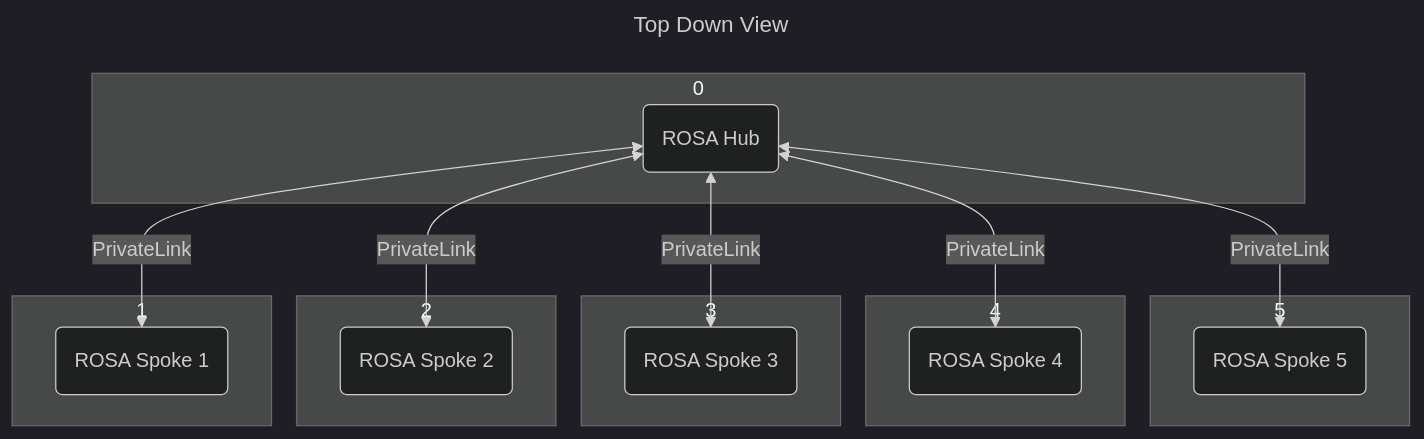
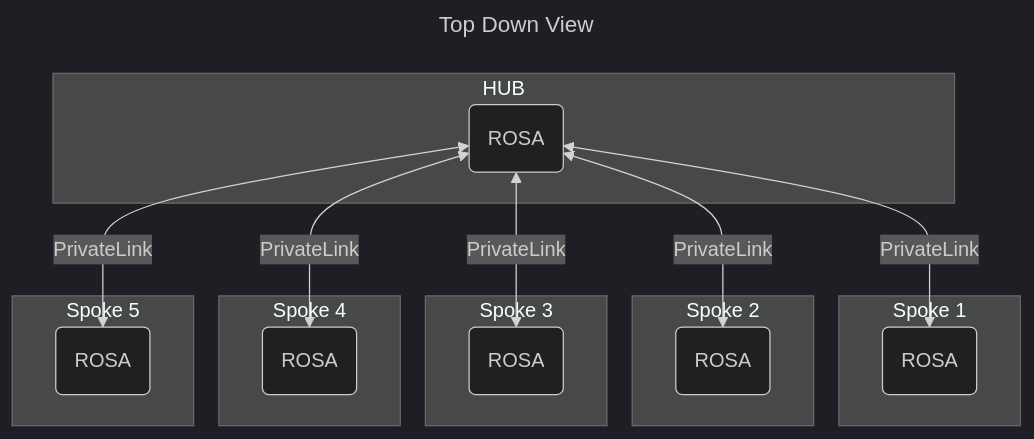
Before and after one commit to rosa-as-a-service/hub-rosa-gitops: the diagram in README.md, drawn with Mermaid (dark theme).

Commit message:
Cleanup graph

````diff
--- a/README.md
+++ b/README.md
@@ -26,41 +26,41 @@
 ```mermaid
 ---
 title: Top Down View
 ---
 flowchart TD;
-    hub(ROSA Hub)
-    spoke1(ROSA Spoke 1)
-    spoke2(ROSA Spoke 2)
-    spoke3(ROSA Spoke 3)
-    spoke4(ROSA Spoke 4)
-    spoke5(ROSA Spoke 5)
+    hub(ROSA)
+    spoke1(ROSA)
+    spoke2(ROSA)
+    spoke3(ROSA)
+    spoke4(ROSA)
+    spoke5(ROSA)
 
-    subgraph 0
+    subgraph HUB
     hub
     end
 
-    subgraph 1
+    subgraph Spoke 1
     spoke1
     end
     hub<-- PrivateLink -->spoke1
 
-    subgraph 2
+    subgraph Spoke 2
     spoke2
     end
     hub<-- PrivateLink -->spoke2
 
-    subgraph 3
+    subgraph Spoke 3
     spoke3
     end
     hub<-- PrivateLink -->spoke3
 
-    subgraph 4
+    subgraph Spoke 4
     spoke4
     end
     hub<-- PrivateLink -->spoke4
 
-    subgraph 5
+    subgraph Spoke 5
     spoke5
     end
     hub<-- PrivateLink -->spoke5
 ```
````
